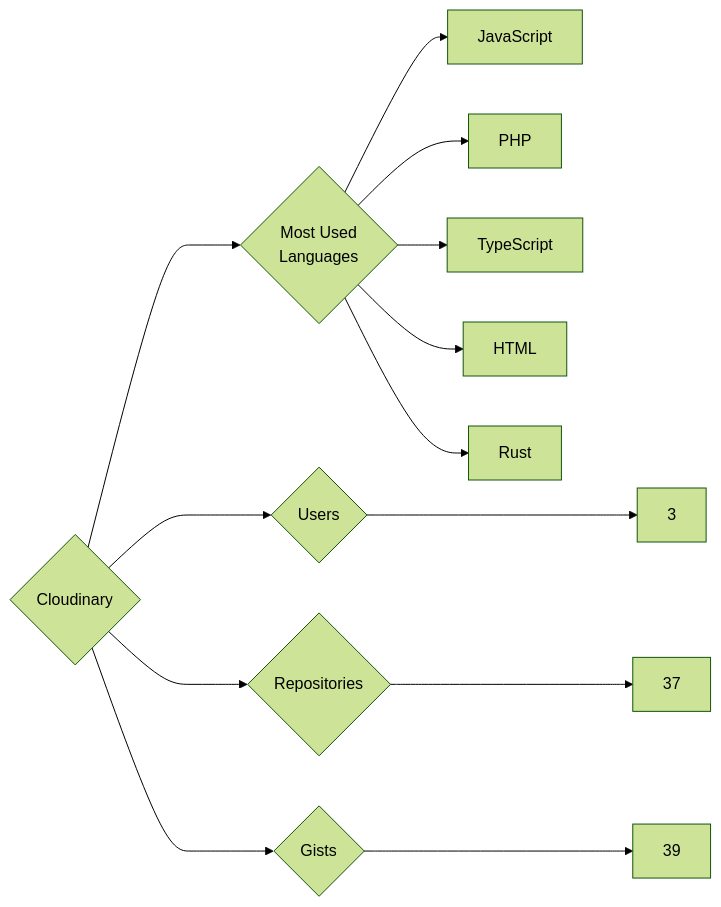
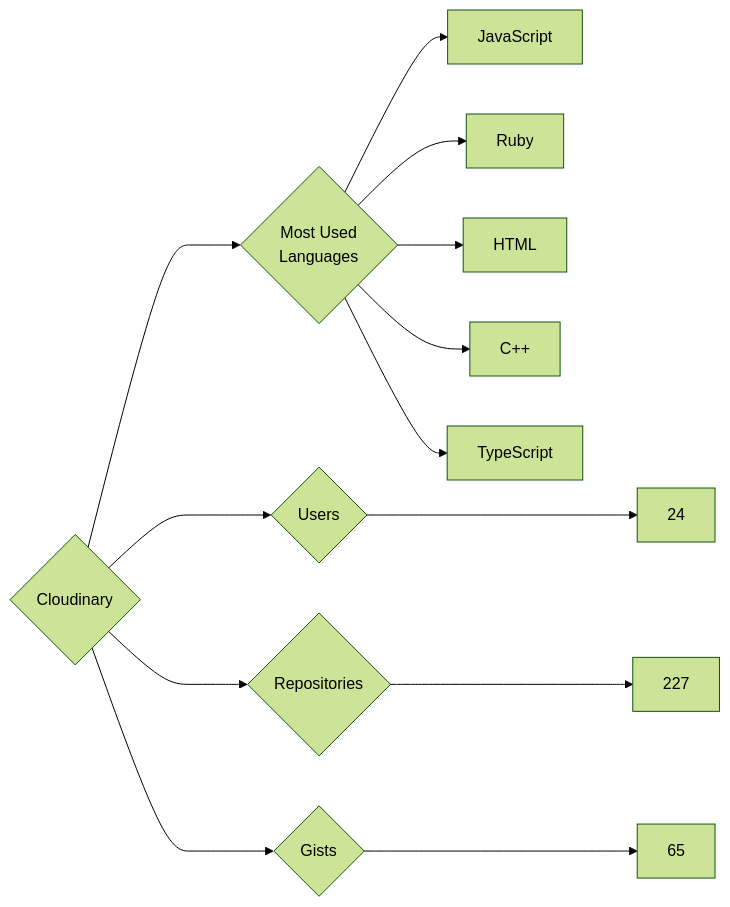
One commit to trickest/insiders changed the diagram in targets/Cloudinary/README.md. Above: the diagram before and after it, drawn with Mermaid (forest theme). The commit also changed 814 other files, not shown here.

````diff
--- a/targets/Cloudinary/README.md
+++ b/targets/Cloudinary/README.md
@@ -3,13 +3,13 @@
 ```mermaid
 graph LR
 COMPANY_NAME{Cloudinary}
-COMPANY_NAME ---> U{Users} ---> UN[3]
-COMPANY_NAME ---> R{Repositories} ---> RN[37]
-COMPANY_NAME ---> G{Gists} ---> GN[39]
+COMPANY_NAME ---> U{Users} ---> UN[24]
+COMPANY_NAME ---> R{Repositories} ---> RN[227]
+COMPANY_NAME ---> G{Gists} ---> GN[65]
 COMPANY_NAME ---> ML{Most Used<br>Languages}
 ML --> JavaScript[JavaScript]
-ML --> PHP[PHP]
+ML --> Ruby[Ruby]
+ML --> HTML[HTML]
+ML --> C++[C++]
 ML --> TypeScript[TypeScript]
-ML --> HTML[HTML]
-ML --> Rust[Rust]
 ```
````
